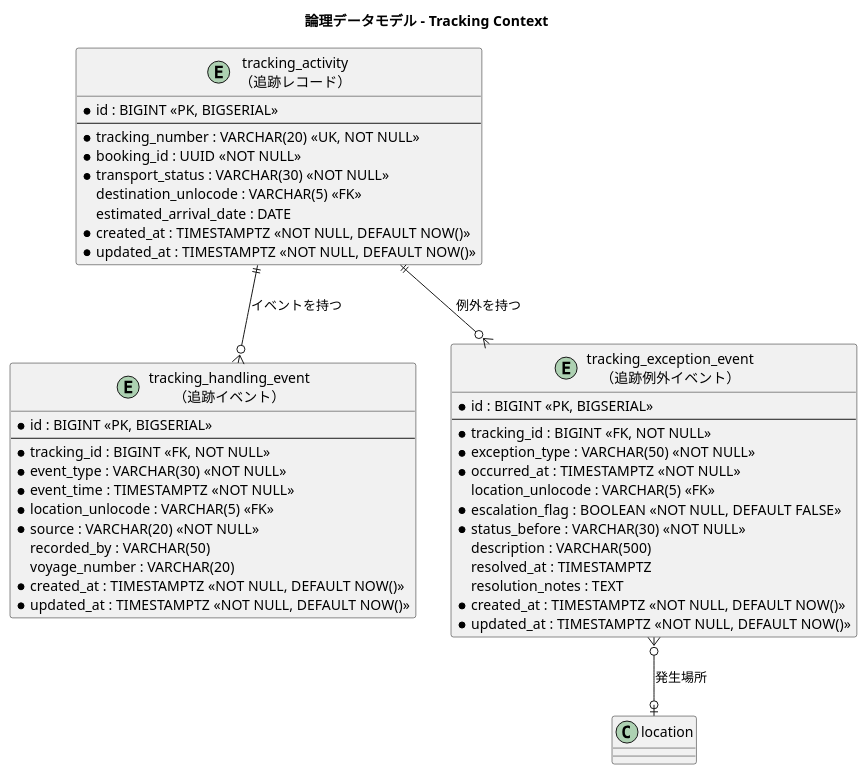
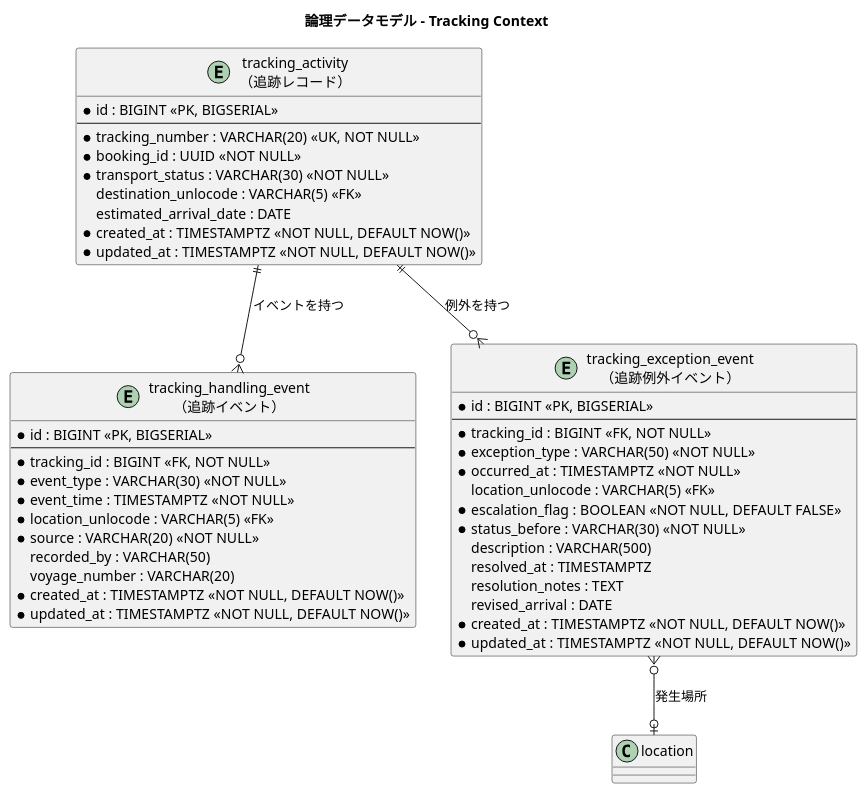
Before and after one commit to k2works/case-study-cargo-tracker: the fifth of 9 diagrams in docs/design/data-model.md, drawn with PlantUML. The commit also changed other lines of this file and 18 other files, not shown here.

````diff
--- a/docs/design/data-model.md
+++ b/docs/design/data-model.md
@@ -458,52 +460,53 @@
 ```plantuml
 @startuml
 title 論理データモデル - Tracking Context
 
 entity "tracking_activity\n（追跡レコード）" as tracking_activity {
   * id : BIGINT <<PK, BIGSERIAL>>
   --
   * tracking_number : VARCHAR(20) <<UK, NOT NULL>>
   * booking_id : UUID <<NOT NULL>>
   * transport_status : VARCHAR(30) <<NOT NULL>>
   destination_unlocode : VARCHAR(5) <<FK>>
   estimated_arrival_date : DATE
   * created_at : TIMESTAMPTZ <<NOT NULL, DEFAULT NOW()>>
   * updated_at : TIMESTAMPTZ <<NOT NULL, DEFAULT NOW()>>
 }
 
 entity "tracking_handling_event\n（追跡イベント）" as tracking_handling_event {
   * id : BIGINT <<PK, BIGSERIAL>>
   --
   * tracking_id : BIGINT <<FK, NOT NULL>>
   * event_type : VARCHAR(30) <<NOT NULL>>
   * event_time : TIMESTAMPTZ <<NOT NULL>>
   * location_unlocode : VARCHAR(5) <<FK>>
   * source : VARCHAR(20) <<NOT NULL>>
   recorded_by : VARCHAR(50)
   voyage_number : VARCHAR(20)
   * created_at : TIMESTAMPTZ <<NOT NULL, DEFAULT NOW()>>
   * updated_at : TIMESTAMPTZ <<NOT NULL, DEFAULT NOW()>>
 }
 
 entity "tracking_exception_event\n（追跡例外イベント）" as tracking_exception_event {
   * id : BIGINT <<PK, BIGSERIAL>>
   --
   * tracking_id : BIGINT <<FK, NOT NULL>>
   * exception_type : VARCHAR(50) <<NOT NULL>>
   * occurred_at : TIMESTAMPTZ <<NOT NULL>>
   location_unlocode : VARCHAR(5) <<FK>>
   * escalation_flag : BOOLEAN <<NOT NULL, DEFAULT FALSE>>
   * status_before : VARCHAR(30) <<NOT NULL>>
   description : VARCHAR(500)
   resolved_at : TIMESTAMPTZ
   resolution_notes : TEXT
+  revised_arrival : DATE
   * created_at : TIMESTAMPTZ <<NOT NULL, DEFAULT NOW()>>
   * updated_at : TIMESTAMPTZ <<NOT NULL, DEFAULT NOW()>>
 }
 
 tracking_activity ||--o{ tracking_handling_event : "イベントを持つ"
 tracking_activity ||--o{ tracking_exception_event : "例外を持つ"
 tracking_exception_event }o--o| location : "発生場所"
 
 @enduml
 ```
````
